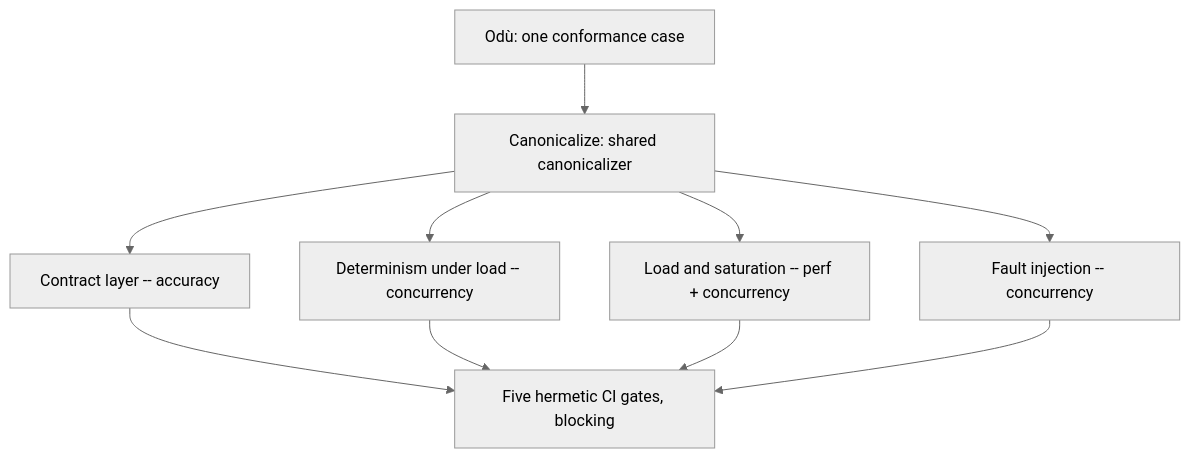
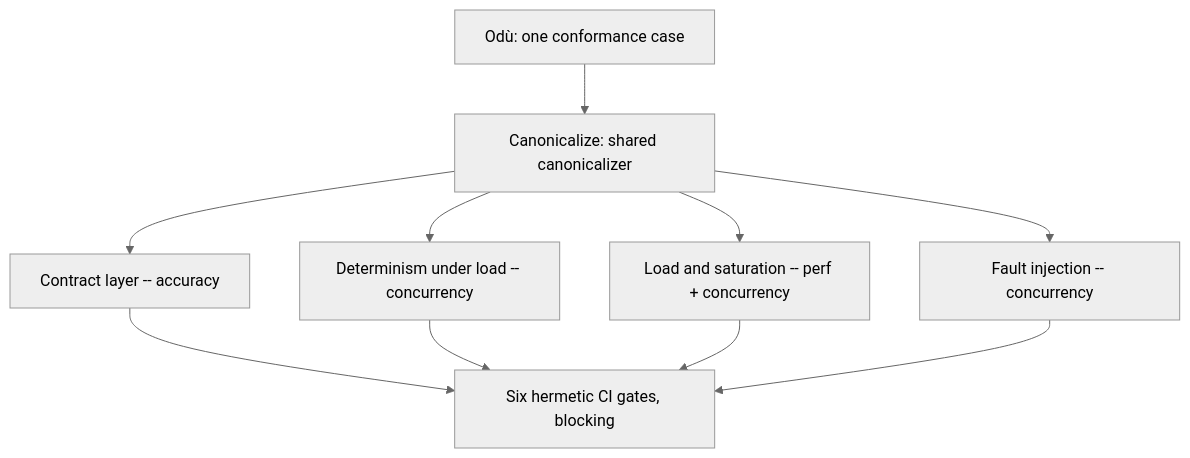
One commit to eshu-hq/eshu changed the diagram in docs/public/concepts/ifa-conformance-platform.md. Above: the diagram before and after it, drawn with Mermaid (neutral theme). The commit also changed other lines of this file and 4 other files, not shown here.

````diff
--- a/docs/public/concepts/ifa-conformance-platform.md
+++ b/docs/public/concepts/ifa-conformance-platform.md
@@ -44,12 +44,12 @@
 ```mermaid
 flowchart TD
     A[Odù: one conformance case] --> B[Canonicalize: shared canonicalizer]
     B --> C[Contract layer -- accuracy]
     B --> D[Determinism under load -- concurrency]
     B --> E[Load and saturation -- perf + concurrency]
     B --> F[Fault injection -- concurrency]
-    C --> G[Five hermetic CI gates, blocking]
+    C --> G[Six hermetic CI gates, blocking]
     D --> G
     E --> G
     F --> G
 ```
````
